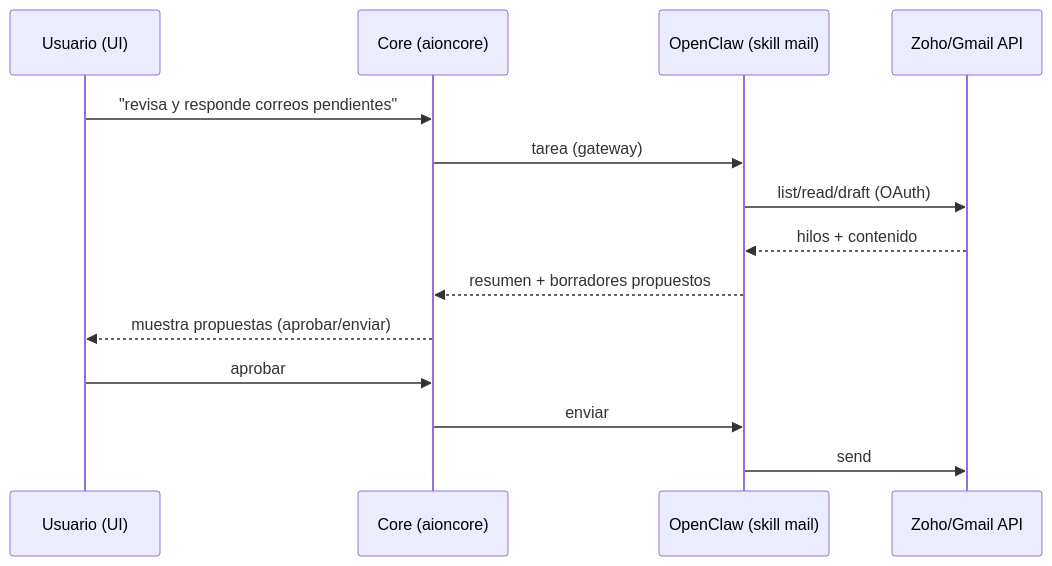
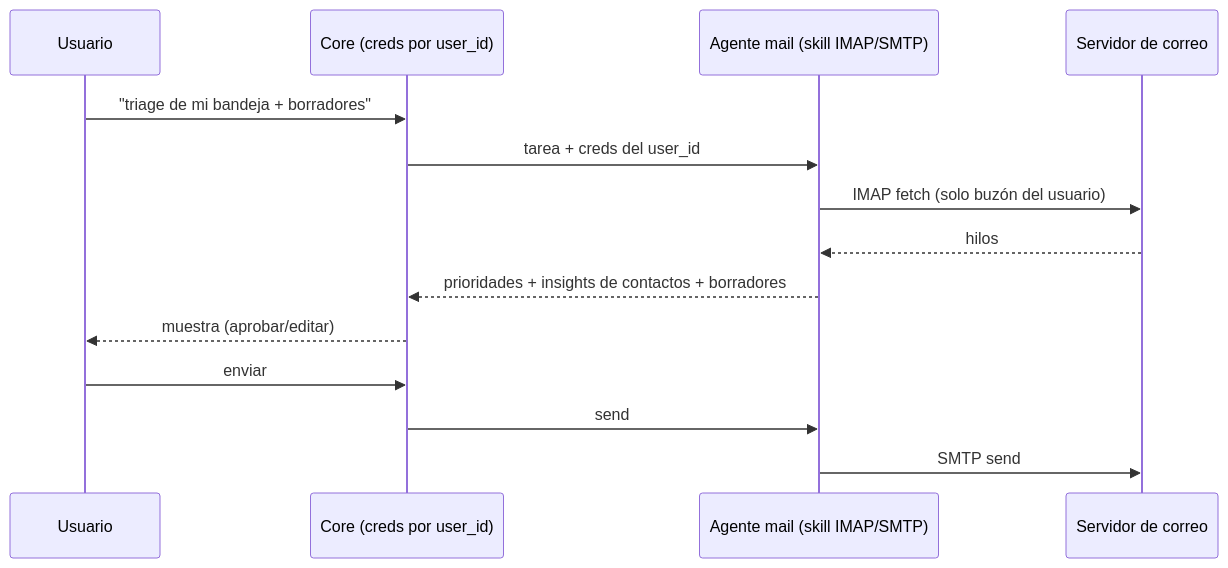
One commit to JoseTabora93/Alinea-Copilot changed the second of 4 diagrams in docs/prds/alinea/ROADMAP.md. Above: the diagram before and after it, drawn with Mermaid. The commit also changed other lines of this file, not shown here.

Commit message:
docs(planning): roadmap v2 — bake decisions + multi-user data segregation + command center

````diff
--- a/docs/prds/alinea/ROADMAP.md
+++ b/docs/prds/alinea/ROADMAP.md
@@ -180,16 +158,16 @@
 ```mermaid
 sequenceDiagram
-  participant U as Usuario (UI)
-  participant C as Core (aioncore)
-  participant O as OpenClaw (skill mail)
-  participant M as Zoho/Gmail API
-  U->>C: "revisa y responde correos pendientes"
-  C->>O: tarea (gateway)
-  O->>M: list/read/draft (OAuth)
-  M-->>O: hilos + contenido
-  O-->>C: resumen + borradores propuestos
-  C-->>U: muestra propuestas (aprobar/enviar)
-  U->>C: aprobar
-  C->>O: enviar
-  O->>M: send
+  participant U as Usuario
+  participant C as Core (creds por user_id)
+  participant A as Agente mail (skill IMAP/SMTP)
+  participant M as Servidor de correo
+  U->>C: "triage de mi bandeja + borradores"
+  C->>A: tarea + creds del user_id
+  A->>M: IMAP fetch (solo buzón del usuario)
+  M-->>A: hilos
+  A-->>C: prioridades + insights de contactos + borradores
+  C-->>U: muestra (aprobar/editar)
+  U->>C: enviar
+  C->>A: send
+  A->>M: SMTP send
 ```
````
